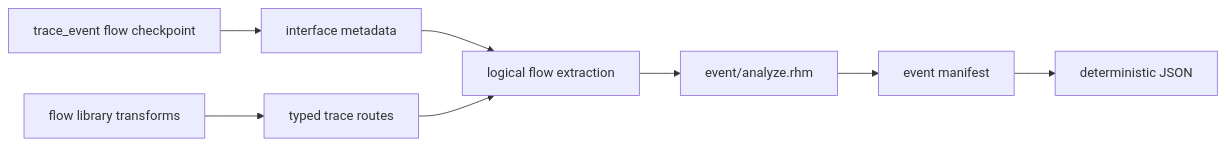
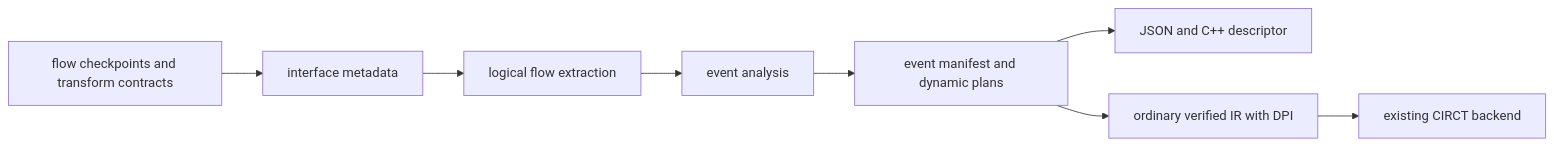
The diagram in rhodium/event/DEVELOPING.md (jerryz123/rhodium), drawn with Mermaid before and after one commit. The commit also changed other lines of this file and 6 other files, not shown here.

````diff
--- a/rhodium/event/DEVELOPING.md
+++ b/rhodium/event/DEVELOPING.md
@@ -12,10 +11,10 @@
 ```mermaid
 flowchart LR
-  Author["trace_event flow checkpoint"] --> Interface["interface metadata"]
-  Flow["flow library transforms"] --> Trace["typed trace routes"]
+  Author["flow checkpoints and transform contracts"] --> Interface["interface metadata"]
   Interface --> Diagram["logical flow extraction"]
-  Trace --> Diagram
-  Diagram --> Analyze["event/analyze.rhm"]
-  Analyze --> Model["event manifest"]
-  Model --> JSON["deterministic JSON"]
+  Diagram --> Analyze["event analysis"]
+  Analyze --> Manifest["event manifest and dynamic plans"]
+  Manifest --> Descriptor["JSON and C++ descriptor"]
+  Manifest --> Instrument["ordinary verified IR with DPI"]
+  Instrument --> Backend["existing CIRCT backend"]
 ```
````
